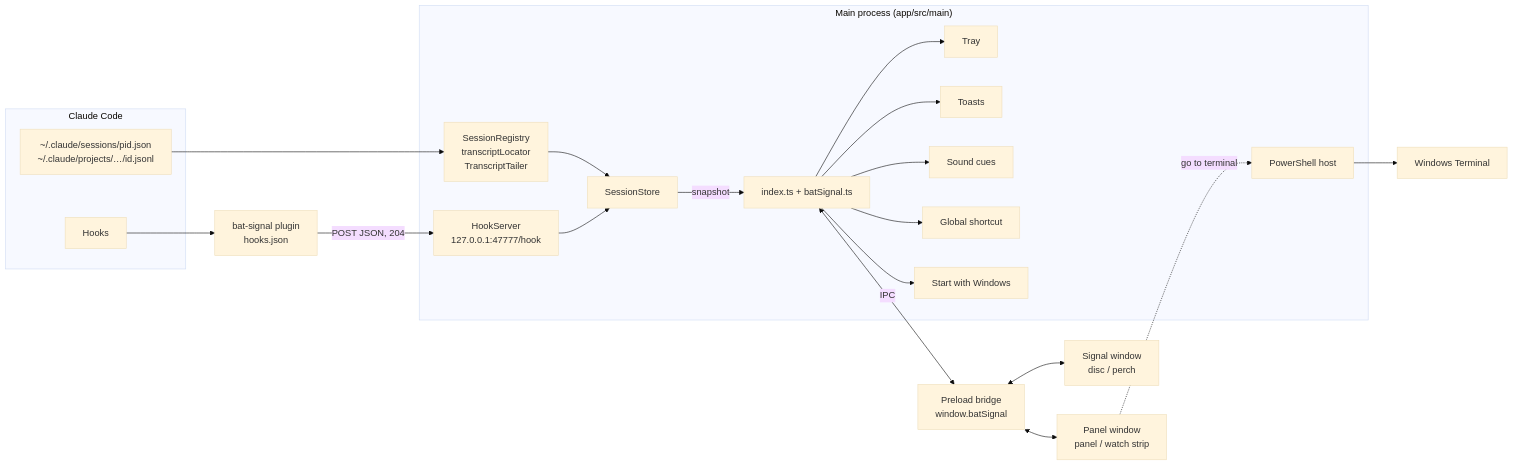
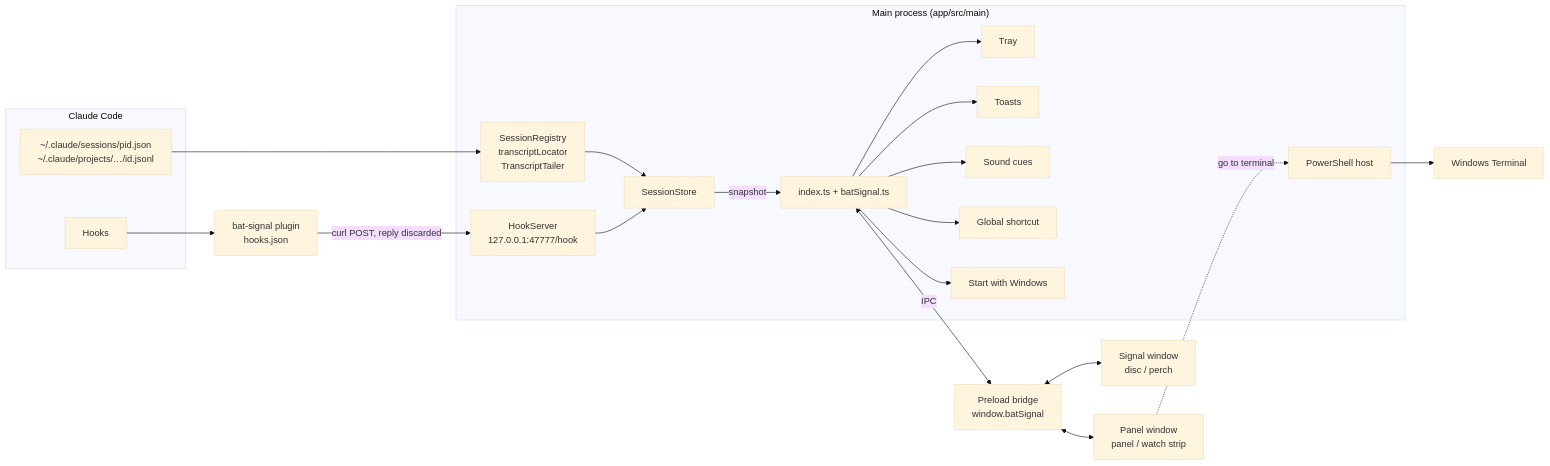
The diagram in docs/architecture.md (lucas-moont/bat-signal), drawn with Mermaid (base theme) before and after one commit. The commit also changed other lines of this file and 3 other files, not shown here.

First line of the commit message:
docs: the plugin's hooks are background commands that give nothing back

````diff
--- a/docs/architecture.md
+++ b/docs/architecture.md
@@ -5,32 +5,32 @@
 ```mermaid
 flowchart LR
   subgraph CC["Claude Code"]
     files["~/.claude/sessions/pid.json<br/>~/.claude/projects/…/id.jsonl"]
     hooks["Hooks"]
   end
   plugin["bat-signal plugin<br/>hooks.json"]
   subgraph Main["Main process (app/src/main)"]
     fileSrc["SessionRegistry<br/>transcriptLocator<br/>TranscriptTailer"]
     hookSrv["HookServer<br/>127.0.0.1:47777/hook"]
     store["SessionStore"]
     wiring["index.ts + batSignal.ts"]
     tray["Tray"]
     toasts["Toasts"]
     cues["Sound cues"]
     shortcut["Global shortcut"]
     startup["Start with Windows"]
     ps["PowerShell host"]
   end
   preload["Preload bridge<br/>window.batSignal"]
   signalWin["Signal window<br/>disc / perch"]
   panelWin["Panel window<br/>panel / watch strip"]
   wt["Windows Terminal"]
 
   files --> fileSrc --> store
-  hooks --> plugin -->|POST JSON, 204| hookSrv --> store
+  hooks --> plugin -->|curl POST, reply discarded| hookSrv --> store
   store -->|snapshot| wiring
   wiring --> tray & toasts & cues & shortcut & startup
   wiring <-->|IPC| preload
   preload <--> signalWin & panelWin
   panelWin -.->|go to terminal| ps --> wt
 ```
````
